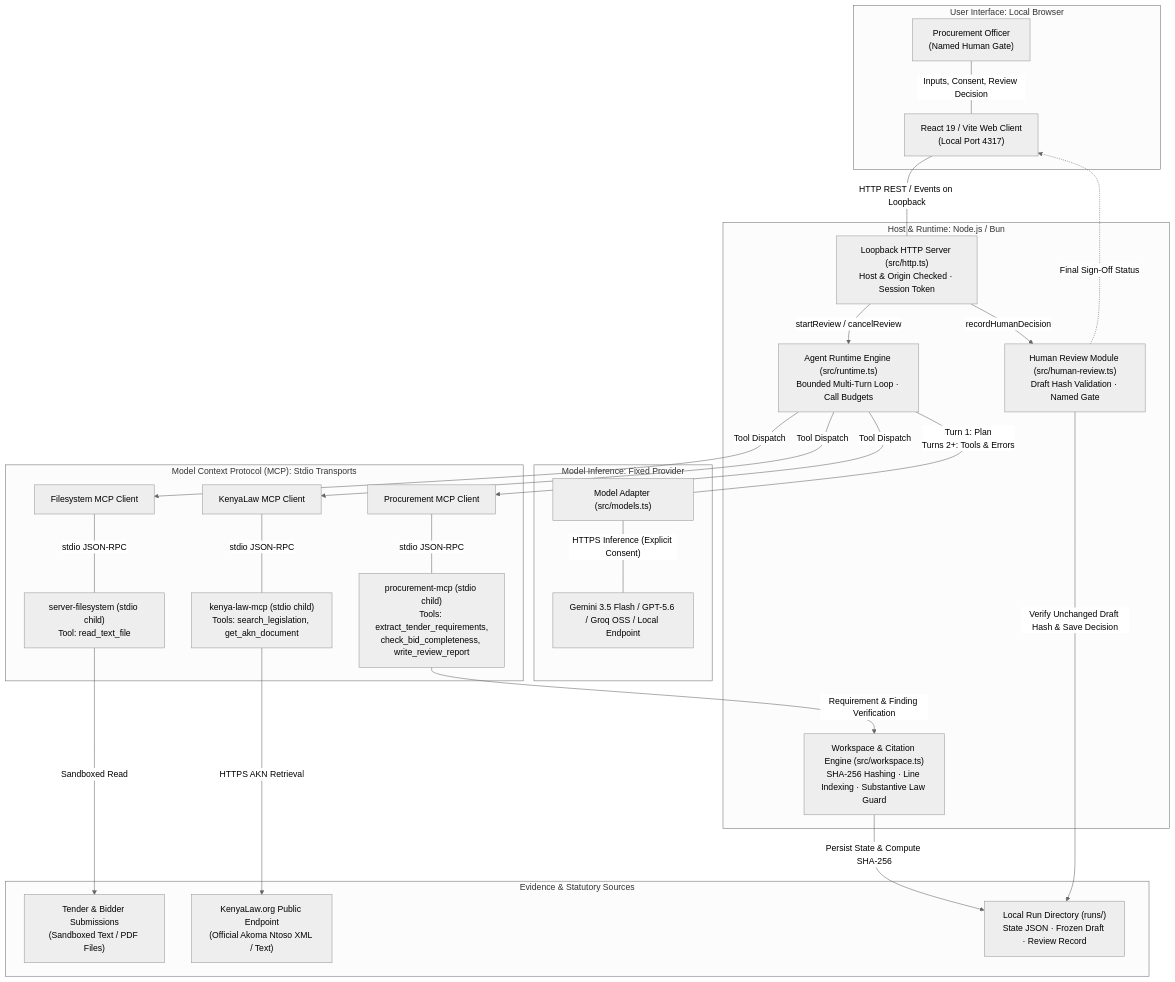
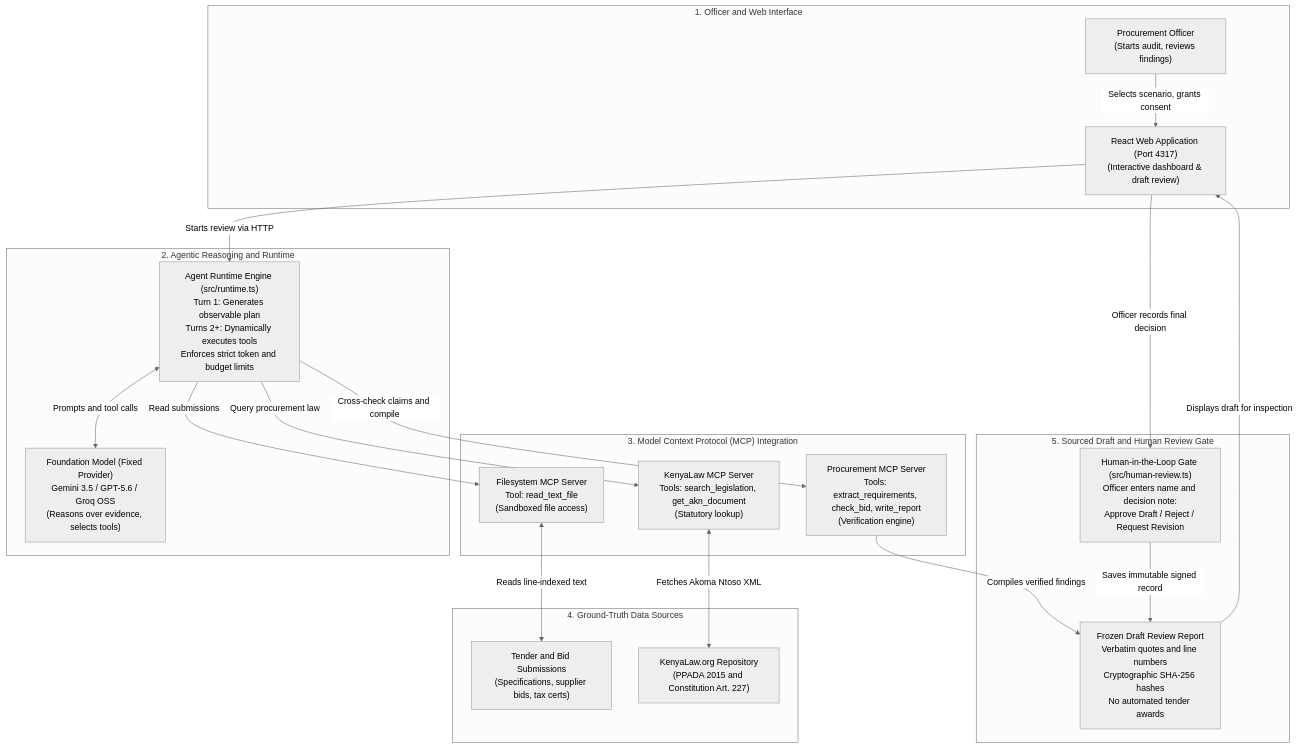
Before and after one commit to RobinsKarani/hakiki: the first of 2 diagrams in ARCHITECTURE.md, drawn with Mermaid (neutral theme).

Commit message:
docs: simplify architecture diagram with clean 5-stage flowchart

````diff
--- a/ARCHITECTURE.md
+++ b/ARCHITECTURE.md
@@ -11,59 +11,50 @@
 ```mermaid
-flowchart TB
-    subgraph UI_LAYER ["User Interface: Local Browser"]
-        Officer["Procurement Officer<br/>(Named Human Gate)"]
-        WebClient["React 19 / Vite Web Client<br/>(Local Port 4317)"]
+flowchart TD
+    %% 1. Officer & UI
+    subgraph S1 ["1. Officer and Web Interface"]
+        Officer["Procurement Officer<br/>(Starts audit, reviews findings)"]
+        UI["React Web Application (Port 4317)<br/>(Interactive dashboard & draft review)"]
     end
 
-    subgraph BACKEND_LAYER ["Host & Runtime: Node.js / Bun"]
-        HttpServer["Loopback HTTP Server (src/http.ts)<br/>Host & Origin Checked · Session Token"]
-        Runtime["Agent Runtime Engine (src/runtime.ts)<br/>Bounded Multi-Turn Loop · Call Budgets"]
-        HumanGate["Human Review Module (src/human-review.ts)<br/>Draft Hash Validation · Named Gate"]
-        Workspace["Workspace & Citation Engine (src/workspace.ts)<br/>SHA-256 Hashing · Line Indexing · Substantive Law Guard"]
+    %% 2. Agent Core
+    subgraph S2 ["2. Agentic Reasoning and Runtime"]
+        Runtime["Agent Runtime Engine (src/runtime.ts)<br/>Turn 1: Generates observable plan<br/>Turns 2+: Dynamically executes tools<br/>Enforces strict token and budget limits"]
+        LLM["Foundation Model (Fixed Provider)<br/>Gemini 3.5 / GPT-5.6 / Groq OSS<br/>(Reasons over evidence, selects tools)"]
     end
 
-    subgraph MODEL_LAYER ["Model Inference: Fixed Provider"]
-        ModelAdapter["Model Adapter (src/models.ts)"]
-        LLM["Gemini 3.5 Flash / GPT-5.6 / Groq OSS / Local Endpoint"]
+    %% 3. MCP Tools
+    subgraph S3 ["3. Model Context Protocol (MCP) Integration"]
+        FS_MCP["Filesystem MCP Server<br/>Tool: read_text_file<br/>(Sandboxed file access)"]
+        Law_MCP["KenyaLaw MCP Server<br/>Tools: search_legislation, get_akn_document<br/>(Statutory lookup)"]
+        Proc_MCP["Procurement MCP Server<br/>Tools: extract_requirements, check_bid, write_report<br/>(Verification engine)"]
     end
 
-    subgraph MCP_LAYER ["Model Context Protocol (MCP): Stdio Transports"]
-        ClientFS["Filesystem MCP Client"]
-        ClientLaw["KenyaLaw MCP Client"]
-        ClientProc["Procurement MCP Client"]
-        
-        ServerFS["server-filesystem (stdio child)<br/>Tool: read_text_file"]
-        ServerLaw["kenya-law-mcp (stdio child)<br/>Tools: search_legislation, get_akn_document"]
-        ServerProc["procurement-mcp (stdio child)<br/>Tools: extract_tender_requirements,<br/>check_bid_completeness, write_review_report"]
+    %% 4. Data Sources
+    subgraph S4 ["4. Ground-Truth Data Sources"]
+        TenderDocs["Tender and Bid Submissions<br/>(Specifications, supplier bids, tax certs)"]
+        KenyanLaw["KenyaLaw.org Repository<br/>(PPADA 2015 and Constitution Art. 227)"]
     end
 
-    subgraph DATA_LAYER ["Evidence & Statutory Sources"]
-        LocalInputs["Tender & Bidder Submissions<br/>(Sandboxed Text / PDF Files)"]
-        KenyaLawAPI["KenyaLaw.org Public Endpoint<br/>(Official Akoma Ntoso XML / Text)"]
-        RunStorage["Local Run Directory (runs/)<br/>State JSON · Frozen Draft · Review Record"]
+    %% 5. Review Gate & Report
+    subgraph S5 ["5. Sourced Draft and Human Review Gate"]
+        Report["Frozen Draft Review Report<br/>Verbatim quotes and line numbers<br/>Cryptographic SHA-256 hashes<br/>No automated tender awards"]
+        Gate["Human-in-the-Loop Gate (src/human-review.ts)<br/>Officer enters name and decision note:<br/>Approve Draft / Reject / Request Revision"]
     end
 
-    Officer ---|"Inputs, Consent, Review Decision"| WebClient
-    WebClient ---|"HTTP REST / Events on Loopback"| HttpServer
-    HttpServer -->|"startReview / cancelReview"| Runtime
-    HttpServer -->|"recordHumanDecision"| HumanGate
+    %% Connections
+    Officer -->|"Selects scenario, grants consent"| UI
+    UI -->|"Starts review via HTTP"| Runtime
+    Runtime <-->|"Prompts and tool calls"| LLM
 
-    Runtime ---|"Turn 1: Plan<br/>Turns 2+: Tools & Errors"| ModelAdapter
-    ModelAdapter ---|"HTTPS Inference (Explicit Consent)"| LLM
+    Runtime -->|"Read submissions"| FS_MCP
+    Runtime -->|"Query procurement law"| Law_MCP
+    Runtime -->|"Cross-check claims and compile"| Proc_MCP
 
-    Runtime -->|"Tool Dispatch"| ClientFS
-    Runtime -->|"Tool Dispatch"| ClientLaw
-    Runtime -->|"Tool Dispatch"| ClientProc
+    FS_MCP <-->|"Reads line-indexed text"| TenderDocs
+    Law_MCP <-->|"Fetches Akoma Ntoso XML"| KenyanLaw
 
-    ClientFS ---|"stdio JSON-RPC"| ServerFS
-    ClientLaw ---|"stdio JSON-RPC"| ServerLaw
-    ClientProc ---|"stdio JSON-RPC"| ServerProc
-
-    ServerFS -->|"Sandboxed Read"| LocalInputs
-    ServerLaw -->|"HTTPS AKN Retrieval"| KenyaLawAPI
-    ServerProc -->|"Requirement & Finding Verification"| Workspace
-
-    Workspace -->|"Persist State & Compute SHA-256"| RunStorage
-    HumanGate -->|"Verify Unchanged Draft Hash & Save Decision"| RunStorage
-    HumanGate -.->|"Final Sign-Off Status"| WebClient
+    Proc_MCP -->|"Compiles verified findings"| Report
+    Report -->|"Displays draft for inspection"| UI
+    UI -->|"Officer records final decision"| Gate
+    Gate -->|"Saves immutable signed record"| Report
 ```
````
